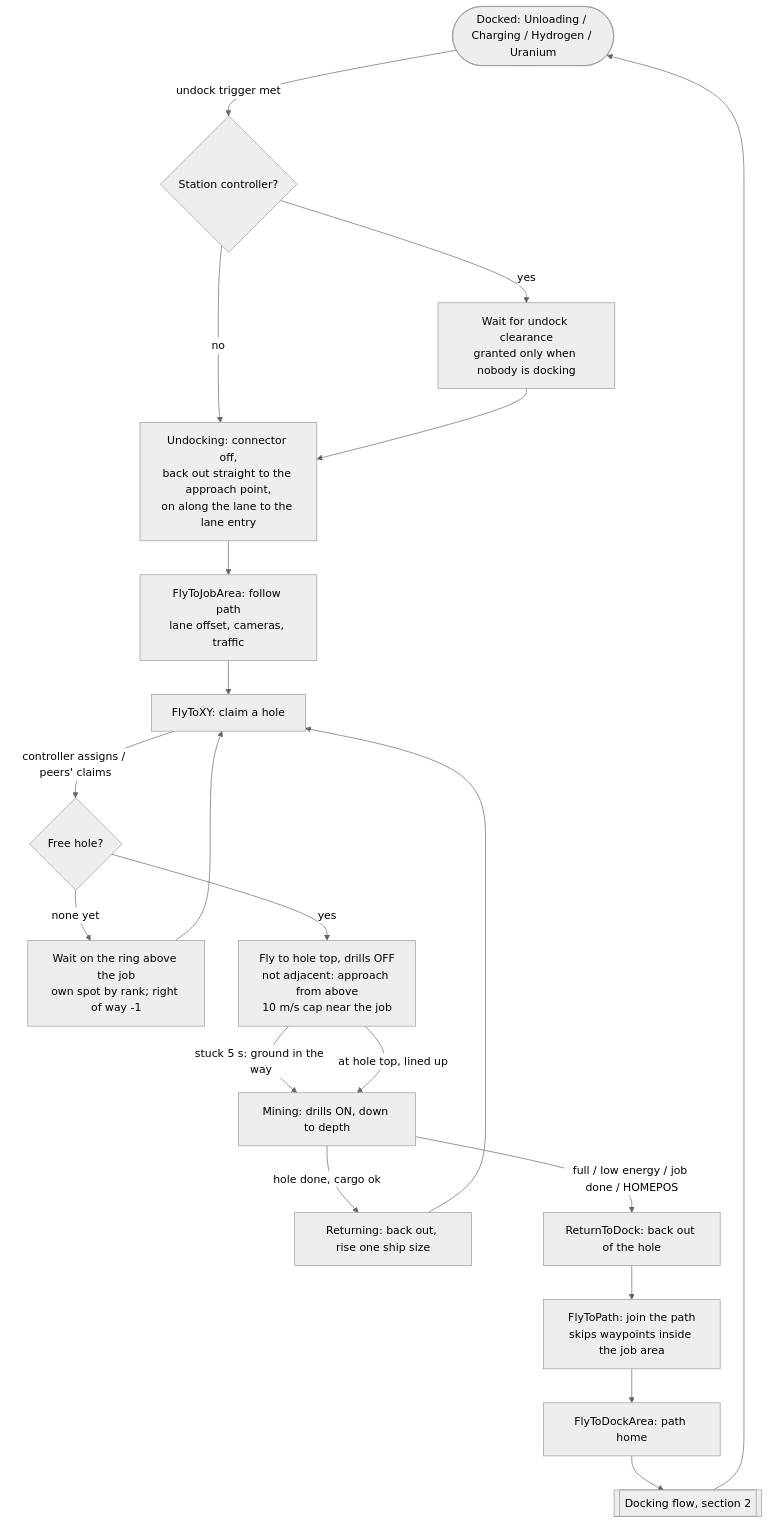
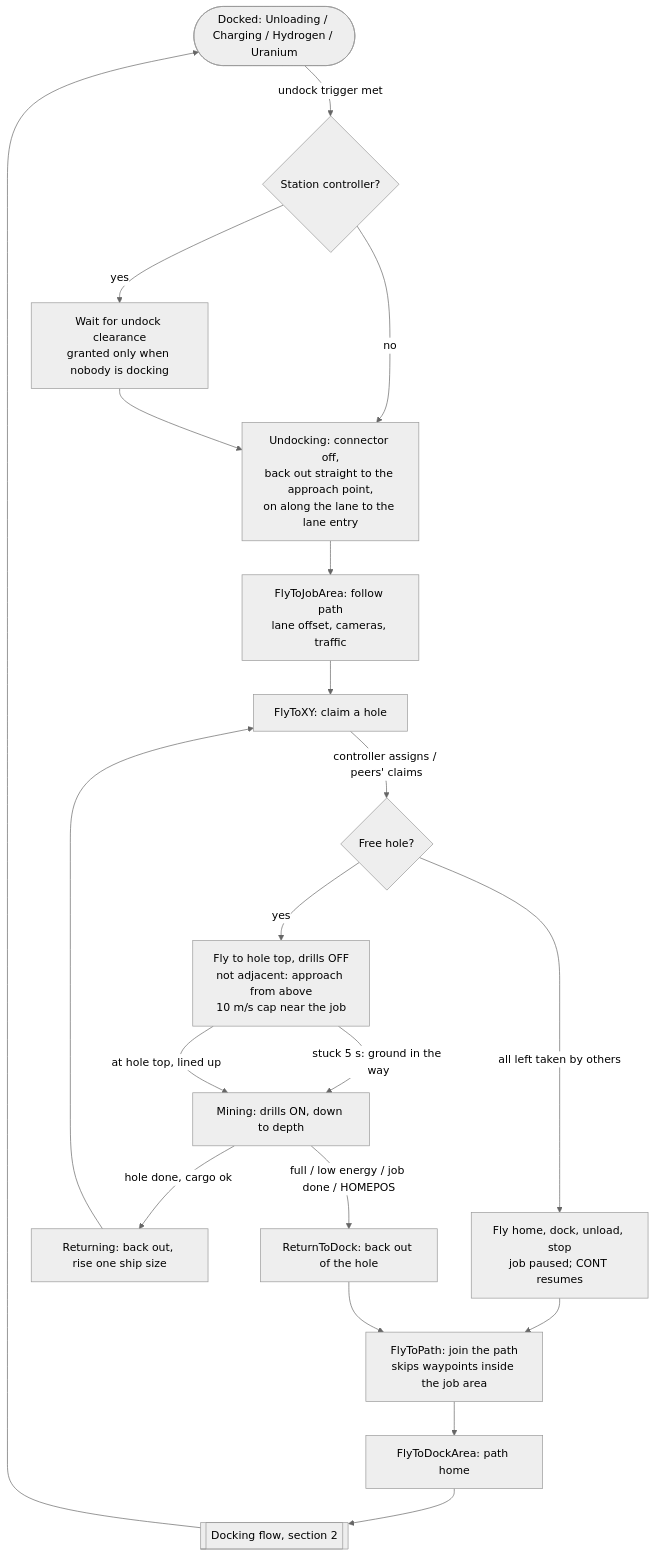
The first of 4 diagrams in docs/WORKFLOW.md (error3011/PathAutoMiner-Deobfuscated), drawn with Mermaid (neutral theme) before and after one commit. The commit also changed 6 other files, not shown here.

First line of the commit message:
No free hole left: fly home, dock and stop instead of waiting forever

````diff
--- a/docs/WORKFLOW.md
+++ b/docs/WORKFLOW.md
@@ -8,22 +8,22 @@
 ```mermaid
 flowchart TD
     D([Docked: Unloading / Charging / Hydrogen / Uranium]) -->|undock trigger met| U0{Station controller?}
     U0 -->|yes| UW[Wait for undock clearance<br/>granted only when nobody is docking]
     U0 -->|no| U1
     UW --> U1[Undocking: connector off,<br/>back out straight to the approach point,<br/>on along the lane to the lane entry]
     U1 --> JA[FlyToJobArea: follow path<br/>lane offset, cameras, traffic]
     JA --> XY[FlyToXY: claim a hole]
     XY -->|controller assigns / peers' claims| H{Free hole?}
-    H -->|none yet| WR[Wait on the ring above the job<br/>own spot by rank; right of way -1]
-    WR --> XY
+    H -->|all left taken by others| GH[Fly home, dock, unload, stop<br/>job paused; CONT resumes]
+    GH --> FP
     H -->|yes| FX[Fly to hole top, drills OFF<br/>not adjacent: approach from above<br/>10 m/s cap near the job]
     FX -->|stuck 5 s: ground in the way| M
     FX -->|at hole top, lined up| M[Mining: drills ON, down to depth]
     M -->|hole done, cargo ok| R1[Returning: back out, rise one ship size]
     R1 --> XY
     M -->|full / low energy / job done / HOMEPOS| RD[ReturnToDock: back out of the hole]
     RD --> FP[FlyToPath: join the path<br/>skips waypoints inside the job area]
     FP --> DA[FlyToDockArea: path home]
     DA --> DOCK[[Docking flow, section 2]]
     DOCK --> D
 ```
````
